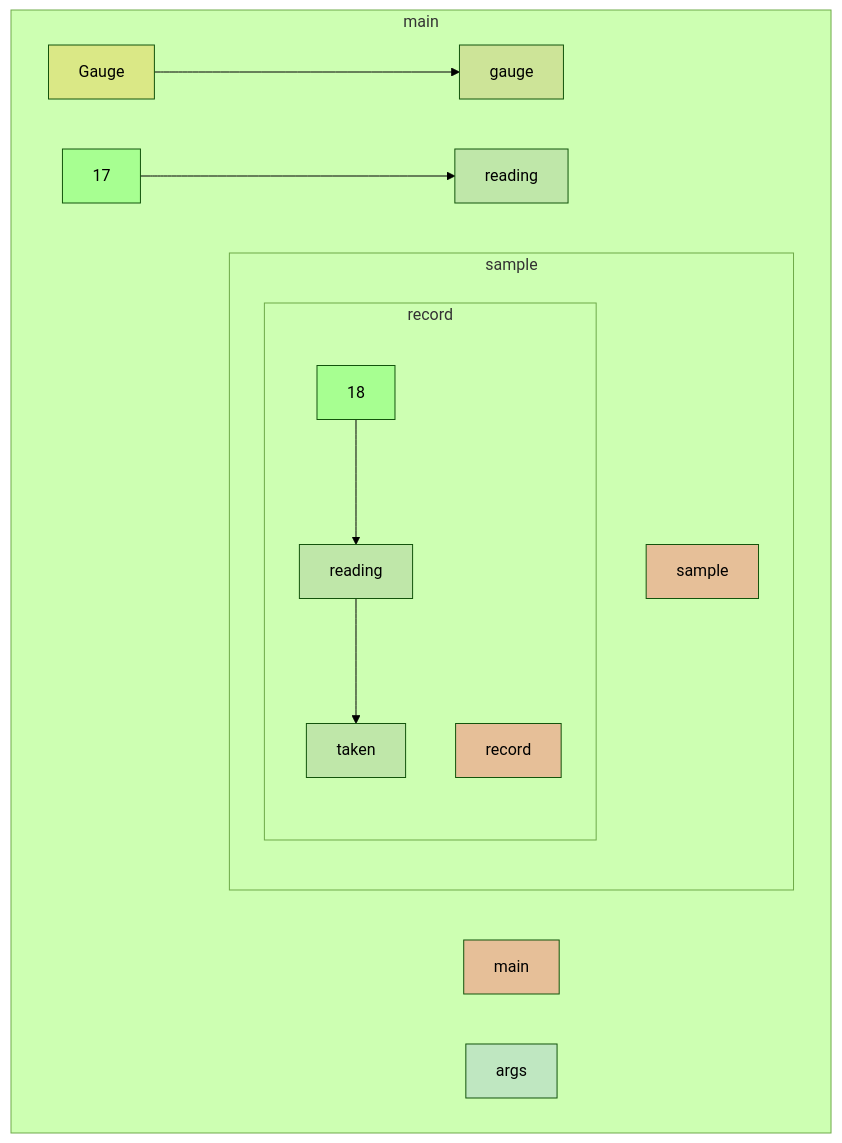
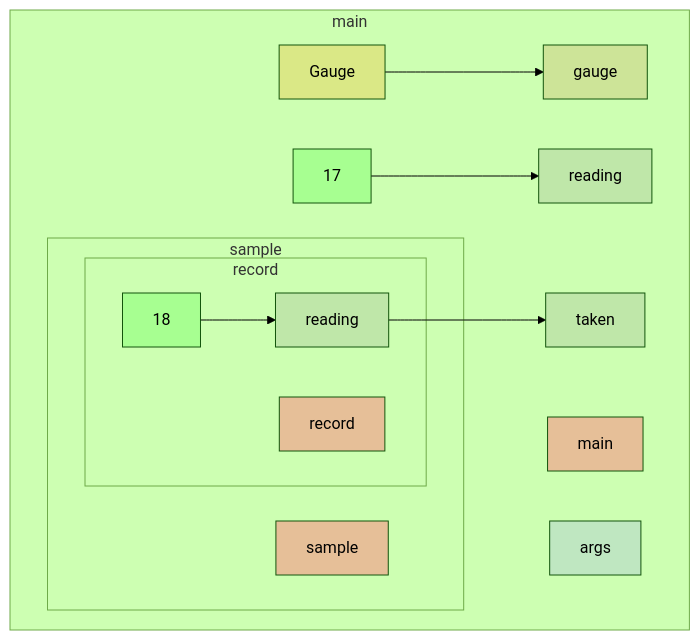
One commit to gstiebler/codeflow changed the diagram in app/src/test/resources/deepField/truth.md. Above: the diagram before and after it, drawn with Mermaid (forest theme). The commit also changed 34 other files, not shown here.

````diff
--- a/app/src/test/resources/deepField/truth.md
+++ b/app/src/test/resources/deepField/truth.md
@@ -1,31 +1,31 @@
 ```mermaid
 flowchart TD
   subgraph b0["main"]
     n1[main]:::RETURN
     n2[args]:::FUNC_PARAM
     n3[Gauge]:::EXTERNAL
     n4[gauge]:::OBJ_VARIABLE
     n5[17]:::LITERAL
     n6[reading]:::VARIABLE
     n13[taken]:::VARIABLE
     n3[Gauge]:::EXTERNAL --> n4[gauge]:::OBJ_VARIABLE
     n5[17]:::LITERAL --> n6[reading]:::VARIABLE
+    n12[reading]:::VARIABLE --> n13[taken]:::VARIABLE
     subgraph b7["sample"]
       n8[sample]:::RETURN
       subgraph b9["record"]
         n10[record]:::RETURN
         n11[18]:::LITERAL
         n12[reading]:::VARIABLE
         n11[18]:::LITERAL --> n12[reading]:::VARIABLE
-        n12[reading]:::VARIABLE --> n13[taken]:::VARIABLE
       end
     end
   end
   classDef LITERAL fill:#00FF0030
   classDef VARIABLE fill:#80808030
   classDef BIN_OP fill:#80808080
   classDef FUNC_PARAM fill:#8080FF30
   classDef RETURN fill:#FF808080
   classDef EXTERNAL fill:#FFA50040
   classDef UNMODELLED fill:#FF000030,stroke-dasharray: 4 2
 ```
````
